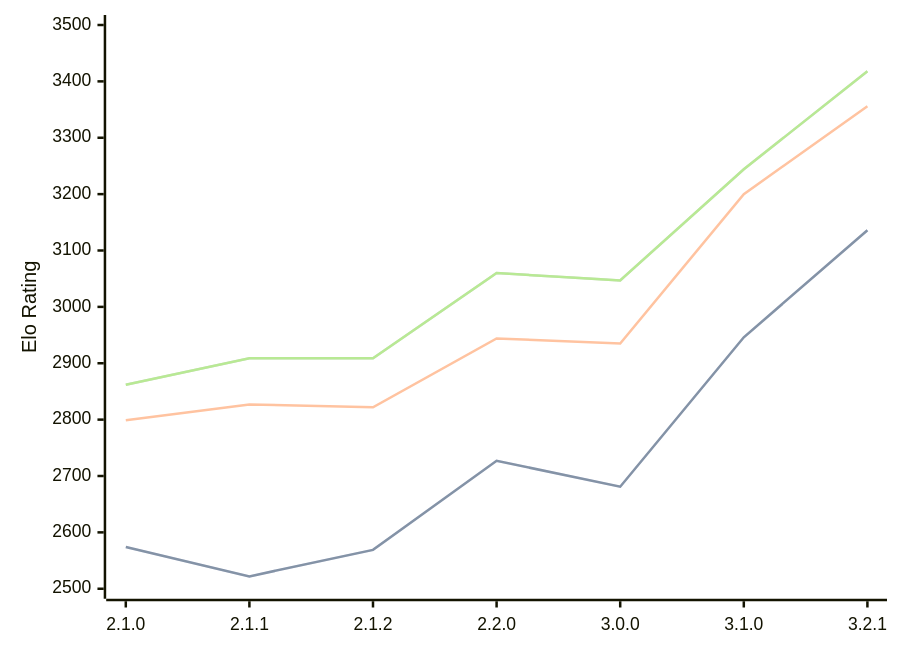
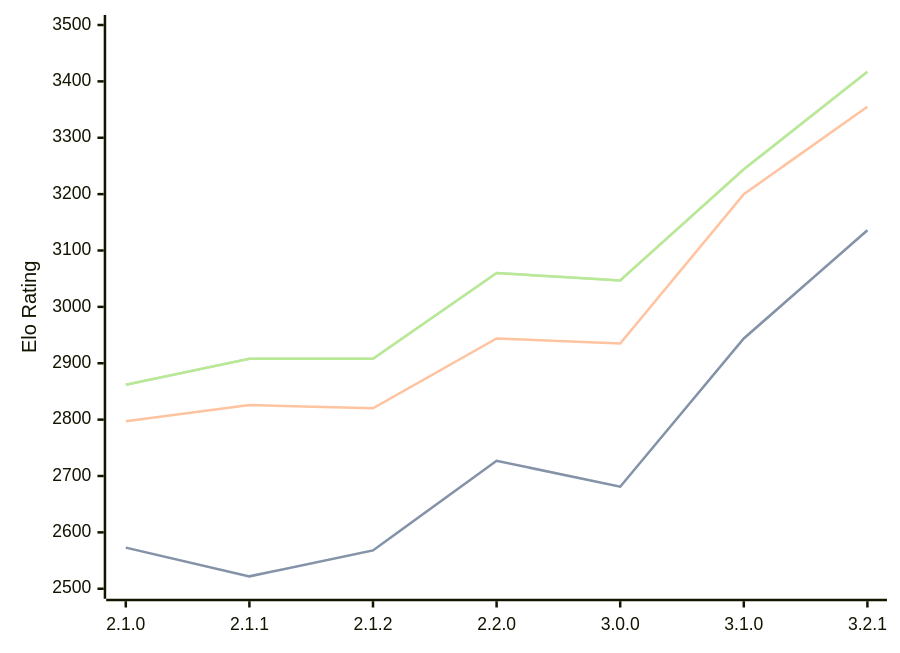
Before and after one commit to computer-chess-index/cci: the diagram in engines/Prune.md, drawn with Mermaid. The commit also changed other lines of this file, not shown here.

Commit message:
Update CCI Ratings (ELO VLTC) - 2026-03-16

````diff
--- a/engines/Prune.md
+++ b/engines/Prune.md
@@ -40,11 +40,11 @@
 ```mermaid
 %%{init: {"theme":"base","themeVariables":{"seriesColors:['#a3a3a3','#222221','#faa371']}}}%%
 xychart-beta
   x-axis ["2.1.0", "2.1.1", "2.1.2", "2.2.0", "3.0.0", "3.1.0", "3.2.1"]
   y-axis "Elo Rating" 2500 --> 3500
-  line "STC (8.0+0.08s)" [2574, 2522, 2569, 2727, 2681, 2946, 3136]
-  line "STC (8.0+0.08s)" [2574, 2522, 2569, 2727, 2681, 2946, 3136]
-  line "LTC (60.0+0.60s)" [2799, 2827, 2822, 2944, 2935, 3200, 3356]
-  line "VLTC (2m24s+1.12s)" [2862, 2909, 2909, 3060, 3047, 3244, 3418]
-  line "VLTC (2m24s+1.12s)" [2862, 2909, 2909, 3060, 3047, 3244, 3418]
+  line "STC (8.0+0.08s)" [2573, 2522, 2568, 2727, 2681, 2944, 3136]
+  line "STC (8.0+0.08s)" [2573, 2522, 2568, 2727, 2681, 2944, 3136]
+  line "LTC (60.0+0.60s)" [2797, 2826, 2820, 2944, 2935, 3200, 3355]
+  line "VLTC (2m24s+1.12s)" [2862, 2908, 2908, 3060, 3047, 3244, 3417]
+  line "VLTC (2m24s+1.12s)" [2862, 2908, 2908, 3060, 3047, 3244, 3417]
 ```
````
